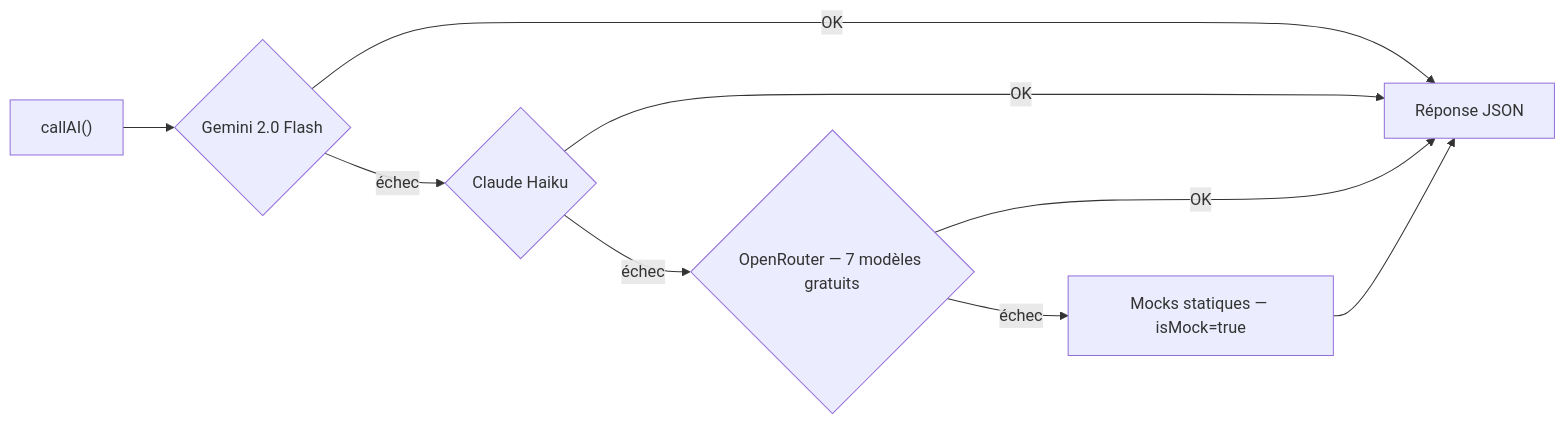
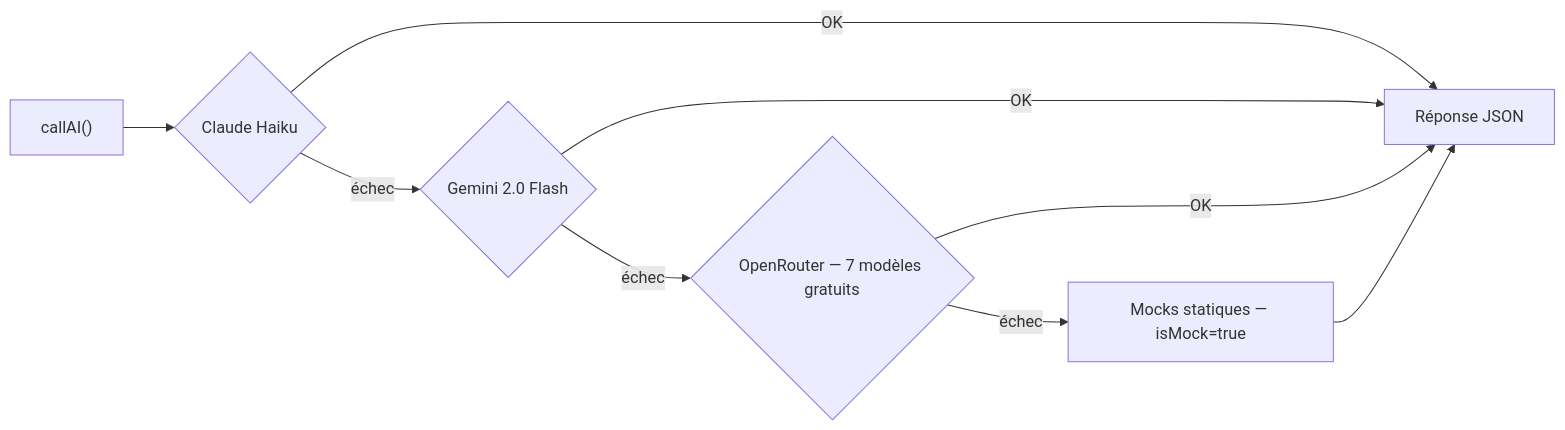
The diagram in docs/architecture/llm_fallback.mmd (loties1533/tripgenie-app), drawn with Mermaid before and after one commit. The commit also changed 12 other files, not shown here.

Commit message:
docs: aligner README + diagrammes sur le code de main

```diff
--- a/docs/architecture/llm_fallback.mmd
+++ b/docs/architecture/llm_fallback.mmd
@@ -1,9 +1,9 @@
 flowchart LR
-    Req["callAI()"] --> G{"Gemini 2.0 Flash"}
-    G -->|"OK"| Out["Réponse JSON"]
-    G -->|"échec"| C{"Claude Haiku"}
-    C -->|"OK"| Out
-    C -->|"échec"| O{"OpenRouter — 7 modèles gratuits"}
+    Req["callAI()"] --> C{"Claude Haiku"}
+    C -->|"OK"| Out["Réponse JSON"]
+    C -->|"échec"| G{"Gemini 2.0 Flash"}
+    G -->|"OK"| Out
+    G -->|"échec"| O{"OpenRouter — 7 modèles gratuits"}
     O -->|"OK"| Out
     O -->|"échec"| M["Mocks statiques — isMock=true"]
     M --> Out
```
